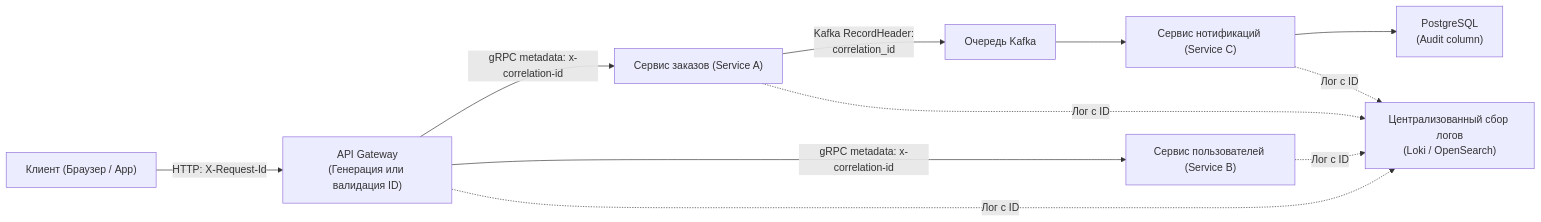
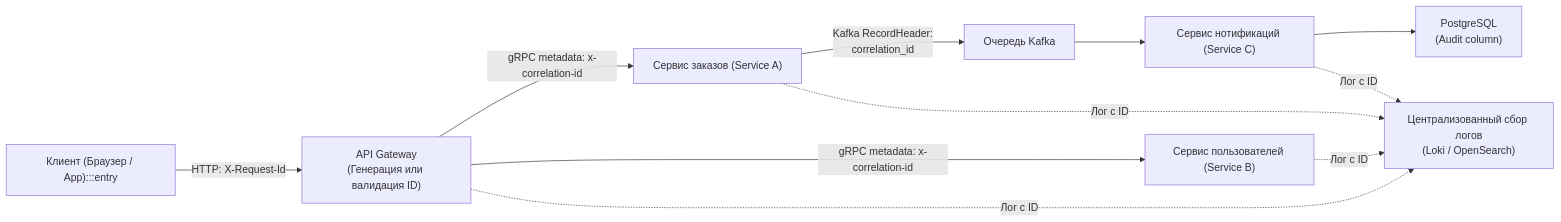
Before and after one commit to UnrealTemplier/go-textbook: the diagram in sources/14. Распределенные системы на Go/08. Практика/7. Correlation ID.md, drawn with Mermaid. The commit also changed 1666 other files, not shown here.

First line of the commit message:
feat(mermaid): add semantic color classDef to 1369 colorless flowchart/graph diagrams

````diff
--- a/sources/14. Распределенные системы на Go/08. Практика/7. Correlation ID.md
+++ b/sources/14. Распределенные системы на Go/08. Практика/7. Correlation ID.md
@@ -20,14 +20,24 @@
 ```mermaid
 flowchart LR
-    Client["Клиент (Браузер / App)"] -->|"HTTP: X-Request-Id"| Gateway["API Gateway\n(Генерация или валидация ID)"]
+    classDef process  fill:#1e293b,stroke:#38bdf8,stroke-width:1px,color:#f8fafc
+    classDef success  fill:#064e3b,stroke:#34d399,stroke-width:1px,color:#f8fafc
+    classDef error    fill:#7f1d1d,stroke:#f87171,stroke-width:1px,color:#f8fafc
+    classDef warning  fill:#78350f,stroke:#fbbf24,stroke-width:1px,color:#f8fafc
+    classDef entry    fill:#1e3a5f,stroke:#38bdf8,stroke-width:2px,color:#f8fafc
+    classDef aux      fill:#334155,stroke:#64748b,stroke-width:1px,color:#f8fafc
+    classDef system   fill:#312e81,stroke:#a78bfa,stroke-width:1px,color:#f8fafc
+    classDef data     fill:#132d29,stroke:#2dd4bf,stroke-width:1px,color:#f8fafc
+    classDef network  fill:#881337,stroke:#fb7185,stroke-width:1px,color:#f8fafc
+    classDef accent   fill:#1e1b4b,stroke:#818cf8,stroke-width:1px,color:#f8fafc
+    Client["Клиент (Браузер / App):::entry"] -->|"HTTP: X-Request-Id"| Gateway["API Gateway\n(Генерация или валидация ID)"]
     Gateway -->|"gRPC metadata: x-correlation-id"| ServiceA["Сервис заказов (Service A)"]
     Gateway -->|"gRPC metadata: x-correlation-id"| ServiceB["Сервис пользователей (Service B)"]
     ServiceA -->|"Kafka RecordHeader:\ncorrelation_id"| Queue["Очередь Kafka"]
     Queue --> ServiceC["Сервис нотификаций (Service C)"]
     ServiceC --> DB["PostgreSQL\n(Audit column)"]
 
     Gateway -.->|"Лог с ID"| Logs["Централизованный сбор логов\n(Loki / OpenSearch)"]
     ServiceA -.->|"Лог с ID"| Logs
     ServiceB -.->|"Лог с ID"| Logs
     ServiceC -.->|"Лог с ID"| Logs
 ```
````
